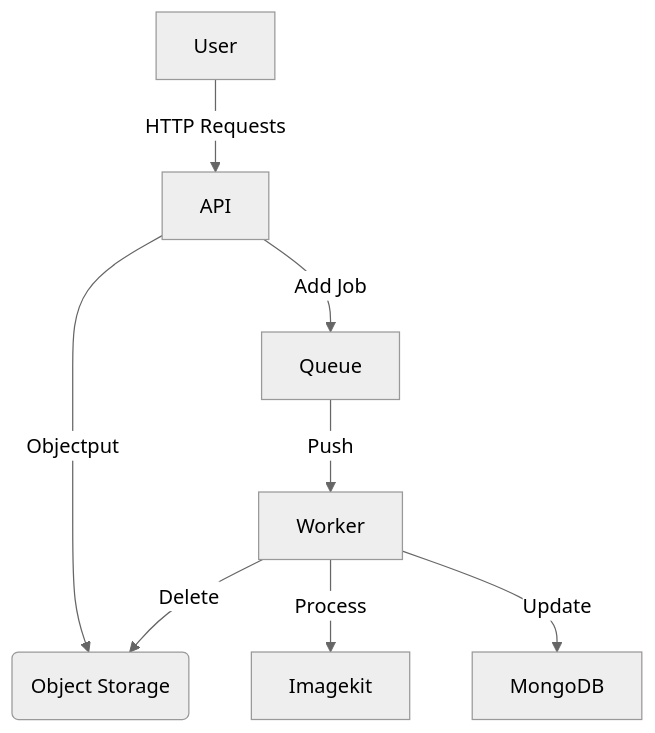
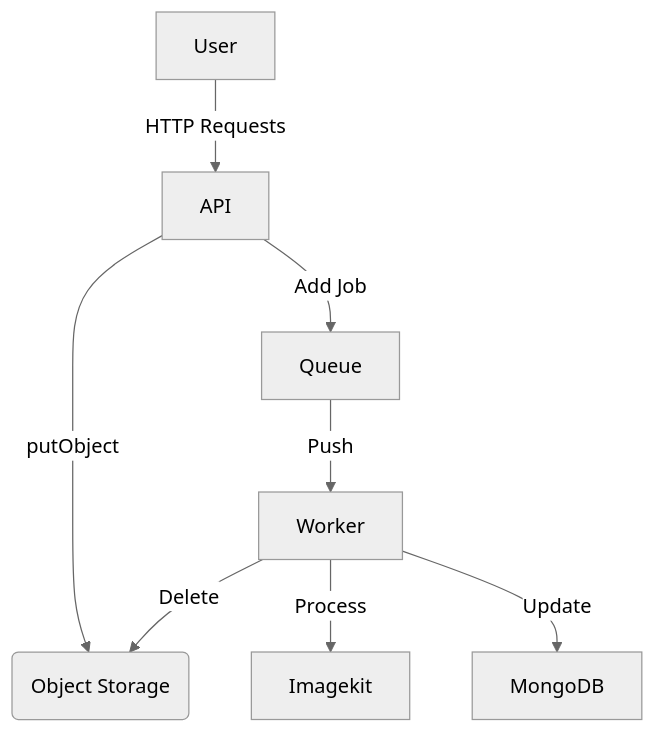
One commit to Debanjan2007/PixForge changed the first of 2 diagrams in readme.md. Above: the diagram before and after it, drawn with Mermaid (neutral theme). The commit also changed 22 other files, not shown here.

````diff
--- a/readme.md
+++ b/readme.md
@@ -79,11 +79,11 @@
 ```mermaid
 graph TD
     User --HTTP Requests--> API
-    API --Objectput--> S3(Object Storage)
+    API --putObject--> S3(Object Storage)
     API --Add Job--> Queue
     Queue --Push--> Worker
     Worker --Process--> Imagekit
     Worker --Delete--> S3(Object Storage)
     Worker --Update--> MongoDB
     
 ```
````
